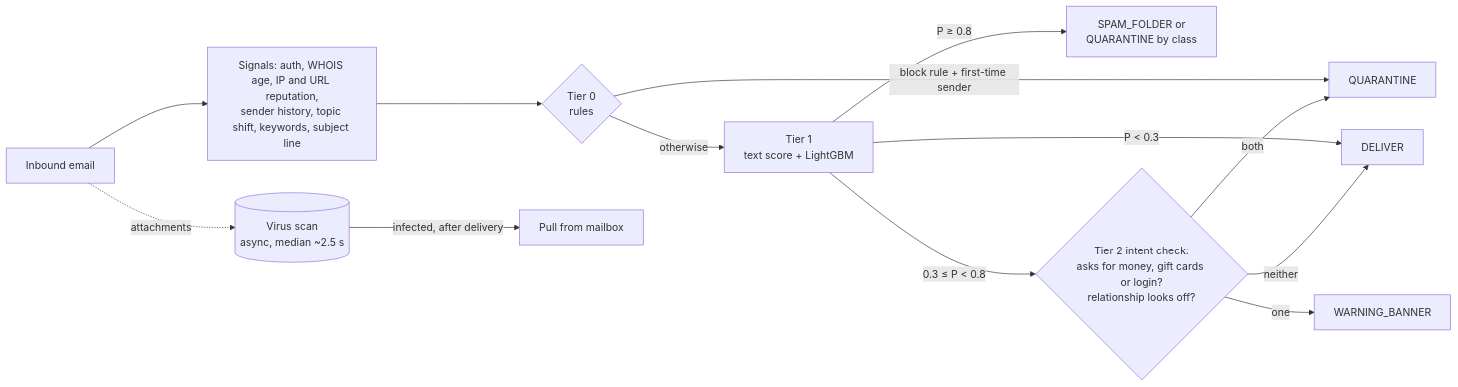
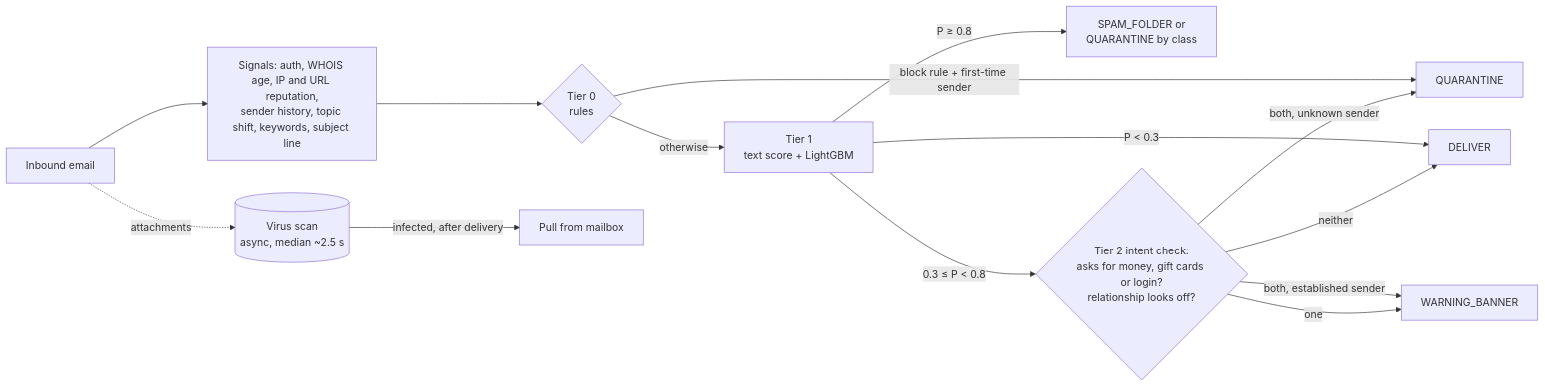
Before and after one commit to Prateek0017/Spam-filter: the diagram in README.md, drawn with Mermaid. The commit also changed other lines of this file and 13 other files, not shown here.

````diff
--- a/README.md
+++ b/README.md
@@ -68,15 +77,16 @@
 ```mermaid
 flowchart LR
     A[Inbound email] --> S["Signals: auth, WHOIS age, IP and URL reputation,<br/>sender history, topic shift, keywords, subject line"]
     A -. attachments .-> V[(Virus scan<br/>async, median ~2.5 s)]
     S --> R{Tier 0<br/>rules}
     R -- "block rule + first-time sender" --> Q[QUARANTINE]
     R -- otherwise --> M[Tier 1<br/>text score + LightGBM]
     M -- "P < 0.3" --> D[DELIVER]
     M -- "P ≥ 0.8" --> X[SPAM_FOLDER or<br/>QUARANTINE by class]
     M -- "0.3 ≤ P < 0.8" --> I{"Tier 2 intent check:<br/>asks for money, gift cards or login?<br/>relationship looks off?"}
-    I -- both --> Q
+    I -- "both, unknown sender" --> Q
+    I -- "both, established sender" --> B
     I -- one --> B[WARNING_BANNER]
     I -- neither --> D
     V -- "infected, after delivery" --> P[Pull from mailbox]
 ```
````
